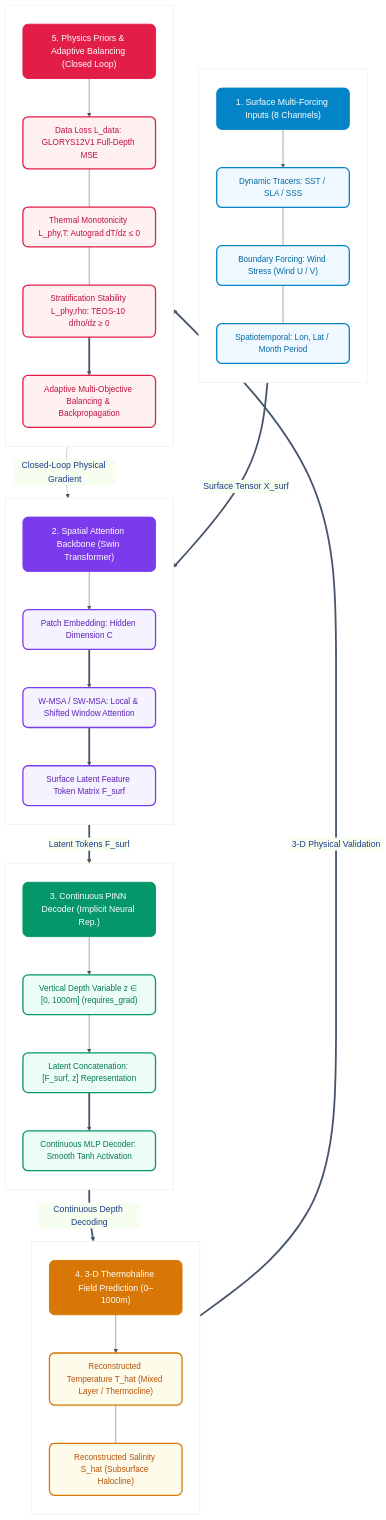
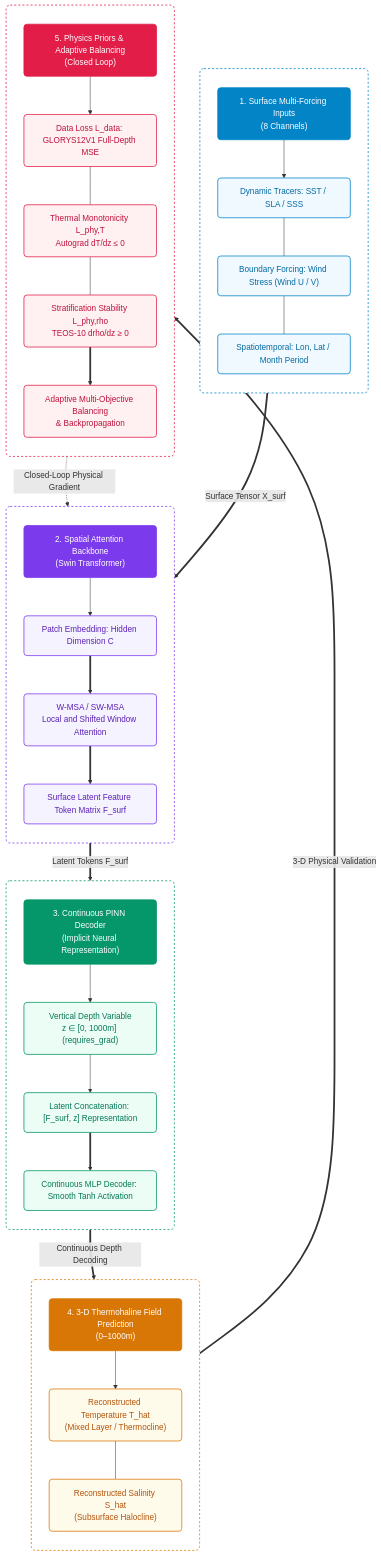
The diagram in README.md (ldray857/Pinn-Ocean), drawn with Mermaid before and after one commit. The commit also changed 1 other file, not shown here.

Commit message:
docs: optimize Mermaid architecture flowchart styling and fix text clipping on GitHub

````diff
--- a/README.md
+++ b/README.md
@@ -52,9 +52,26 @@
 ```mermaid
-%%{init: {'theme': 'base', 'themeVariables': { 'fontSize': '17px', 'fontFamily': 'system-ui, -apple-system, sans-serif', 'primaryColor': '#eff6ff', 'primaryBorderColor': '#3b82f6', 'primaryTextColor': '#1e3a8a', 'lineColor': '#475569' }}}%%
+%%{init: {
+  'theme': 'base',
+  'themeVariables': {
+    'background': '#FFFFFF',
+    'primaryColor': '#FFFFFF',
+    'primaryBorderColor': '#CBD5E1',
+    'primaryTextColor': '#0F172A',
+    'secondaryColor': '#F8FAFC',
+    'tertiaryColor': '#FFFFFF',
+    'mainBkg': '#FFFFFF',
+    'clusterBkg': '#FFFFFF',
+    'clusterBorder': '#E2E8F0',
+    'lineColor': '#475569',
+    'textColor': '#0F172A',
+    'edgeLabelBackground': '#FFFFFF',
+    'fontFamily': 'system-ui, -apple-system, BlinkMacSystemFont, "Segoe UI", Roboto, sans-serif'
+  }
+}}%%
 flowchart TD
     subgraph S1 [" "]
         direction TB
-        H1["1. Surface Multi-Forcing Inputs (8 Channels)"]
+        H1["1. Surface Multi-Forcing Inputs<br/>(8 Channels)"]
         I1["Dynamic Tracers: SST / SLA / SSS"]
         I2["Boundary Forcing: Wind Stress (Wind U / V)"]
         I3["Spatiotemporal: Lon, Lat / Month Period"]
@@ -63,17 +80,17 @@
 
     subgraph S2 [" "]
         direction TB
-        H2["2. Spatial Attention Backbone (Swin Transformer)"]
+        H2["2. Spatial Attention Backbone<br/>(Swin Transformer)"]
         E1["Patch Embedding: Hidden Dimension C"]
-        E2["W-MSA / SW-MSA: Local & Shifted Window Attention"]
+        E2["W-MSA / SW-MSA<br/>Local and Shifted Window Attention"]
         E3["Surface Latent Feature Token Matrix F_surf"]
         H2 --> E1 ==> E2 ==> E3
     end
 
     subgraph S3 [" "]
         direction TB
-        H3["3. Continuous PINN Decoder (Implicit Neural Rep.)"]
-        D1["Vertical Depth Variable z ∈ [0, 1000m] (requires_grad)"]
+        H3["3. Continuous PINN Decoder<br/>(Implicit Neural Representation)"]
+        D1["Vertical Depth Variable<br/>z ∈ [0, 1000m] (requires_grad)"]
         D2["Latent Concatenation: [F_surf, z] Representation"]
         D3["Continuous MLP Decoder: Smooth Tanh Activation"]
         H3 --> D1 --> D2 ==> D3
@@ -81,19 +98,19 @@
 
     subgraph S4 [" "]
         direction TB
-        H4["4. 3-D Thermohaline Field Prediction (0–1000m)"]
-        O1["Reconstructed Temperature T_hat (Mixed Layer / Thermocline)"]
-        O2["Reconstructed Salinity S_hat (Subsurface Halocline)"]
+        H4["4. 3-D Thermohaline Field Prediction<br/>(0–1000m)"]
+        O1["Reconstructed Temperature T_hat<br/>(Mixed Layer / Thermocline)"]
+        O2["Reconstructed Salinity S_hat<br/>(Subsurface Halocline)"]
         H4 --> O1 --- O2
     end
 
     subgraph S5 [" "]
         direction TB
-        H5["5. Physics Priors & Adaptive Balancing (Closed Loop)"]
+        H5["5. Physics Priors & Adaptive Balancing<br/>(Closed Loop)"]
         P1["Data Loss L_data: GLORYS12V1 Full-Depth MSE"]
-        P2["Thermal Monotonicity L_phy,T: Autograd dT/dz ≤ 0"]
-        P3["Stratification Stability L_phy,rho: TEOS-10 drho/dz ≥ 0"]
-        Opt["Adaptive Multi-Objective Balancing & Backpropagation"]
+        P2["Thermal Monotonicity L_phy,T<br/>Autograd dT/dz ≤ 0"]
+        P3["Stratification Stability L_phy,rho<br/>TEOS-10 drho/dz ≥ 0"]
+        Opt["Adaptive Multi-Objective Balancing<br/>& Backpropagation"]
         H5 --> P1 --- P2 --- P3 ==> Opt
     end
 
@@ -103,18 +120,23 @@
     O2 ==>|3-D Physical Validation| H5
     Opt -. Closed-Loop Physical Gradient .-> H2
 
-    classDef default font-size:16px;
-    classDef headStyle1 fill:#0284C7,stroke:#0284C7,stroke-width:1.8px,color:#FFFFFF,rx:10px,ry:10px,font-size:17px,font-weight:normal;
-    classDef headStyle2 fill:#7C3AED,stroke:#7C3AED,stroke-width:1.8px,color:#FFFFFF,rx:10px,ry:10px,font-size:17px,font-weight:normal;
-    classDef headStyle3 fill:#059669,stroke:#059669,stroke-width:1.8px,color:#FFFFFF,rx:10px,ry:10px,font-size:17px,font-weight:normal;
-    classDef headStyle4 fill:#D97706,stroke:#D97706,stroke-width:1.8px,color:#FFFFFF,rx:10px,ry:10px,font-size:17px,font-weight:normal;
-    classDef headStyle5 fill:#E11D48,stroke:#E11D48,stroke-width:1.8px,color:#FFFFFF,rx:10px,ry:10px,font-size:17px,font-weight:normal;
+    style S1 fill:#FFFFFF,stroke:#0284C7,stroke-width:1.5px,stroke-dasharray: 4 4,rx:8px,ry:8px
+    style S2 fill:#FFFFFF,stroke:#7C3AED,stroke-width:1.5px,stroke-dasharray: 4 4,rx:8px,ry:8px
+    style S3 fill:#FFFFFF,stroke:#059669,stroke-width:1.5px,stroke-dasharray: 4 4,rx:8px,ry:8px
+    style S4 fill:#FFFFFF,stroke:#D97706,stroke-width:1.5px,stroke-dasharray: 4 4,rx:8px,ry:8px
+    style S5 fill:#FFFFFF,stroke:#E11D48,stroke-width:1.5px,stroke-dasharray: 4 4,rx:8px,ry:8px
 
-    classDef inputStyle fill:#F0F9FF,stroke:#0284C7,stroke-width:2.5px,color:#0369A1,rx:10px,ry:10px,font-size:16px,font-weight:normal;
-    classDef encStyle fill:#F5F3FF,stroke:#7C3AED,stroke-width:2.5px,color:#5B21B6,rx:10px,ry:10px,font-size:16px,font-weight:normal;
-    classDef pinnStyle fill:#ECFDF5,stroke:#059669,stroke-width:2.5px,color:#047857,rx:10px,ry:10px,font-size:16px,font-weight:normal;
-    classDef outStyle fill:#FFFBEB,stroke:#D97706,stroke-width:2.5px,color:#B45309,rx:10px,ry:10px,font-size:16px,font-weight:normal;
-    classDef phyStyle fill:#FFF1F2,stroke:#E11D48,stroke-width:2.5px,color:#BE123C,rx:10px,ry:10px,font-size:16px,font-weight:normal;
+    classDef headStyle1 fill:#0284C7,stroke:#0284C7,stroke-width:1.5px,color:#FFFFFF,rx:6px,ry:6px;
+    classDef headStyle2 fill:#7C3AED,stroke:#7C3AED,stroke-width:1.5px,color:#FFFFFF,rx:6px,ry:6px;
+    classDef headStyle3 fill:#059669,stroke:#059669,stroke-width:1.5px,color:#FFFFFF,rx:6px,ry:6px;
+    classDef headStyle4 fill:#D97706,stroke:#D97706,stroke-width:1.5px,color:#FFFFFF,rx:6px,ry:6px;
+    classDef headStyle5 fill:#E11D48,stroke:#E11D48,stroke-width:1.5px,color:#FFFFFF,rx:6px,ry:6px;
+
+    classDef inputStyle fill:#F0F9FF,stroke:#0284C7,stroke-width:1.5px,color:#0369A1,rx:6px,ry:6px;
+    classDef encStyle fill:#F5F3FF,stroke:#7C3AED,stroke-width:1.5px,color:#5B21B6,rx:6px,ry:6px;
+    classDef pinnStyle fill:#ECFDF5,stroke:#059669,stroke-width:1.5px,color:#047857,rx:6px,ry:6px;
+    classDef outStyle fill:#FFFBEB,stroke:#D97706,stroke-width:1.5px,color:#B45309,rx:6px,ry:6px;
+    classDef phyStyle fill:#FFF1F2,stroke:#E11D48,stroke-width:1.5px,color:#BE123C,rx:6px,ry:6px;
 
     class H1 headStyle1;
     class H2 headStyle2;
````
